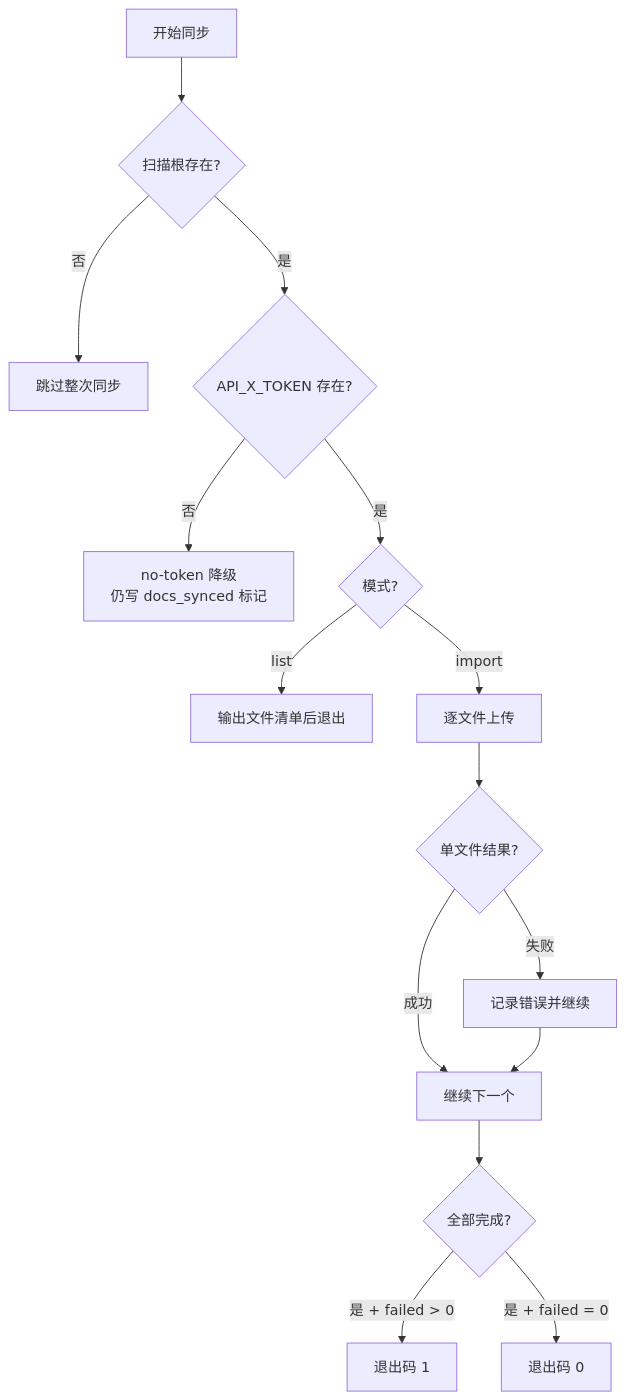
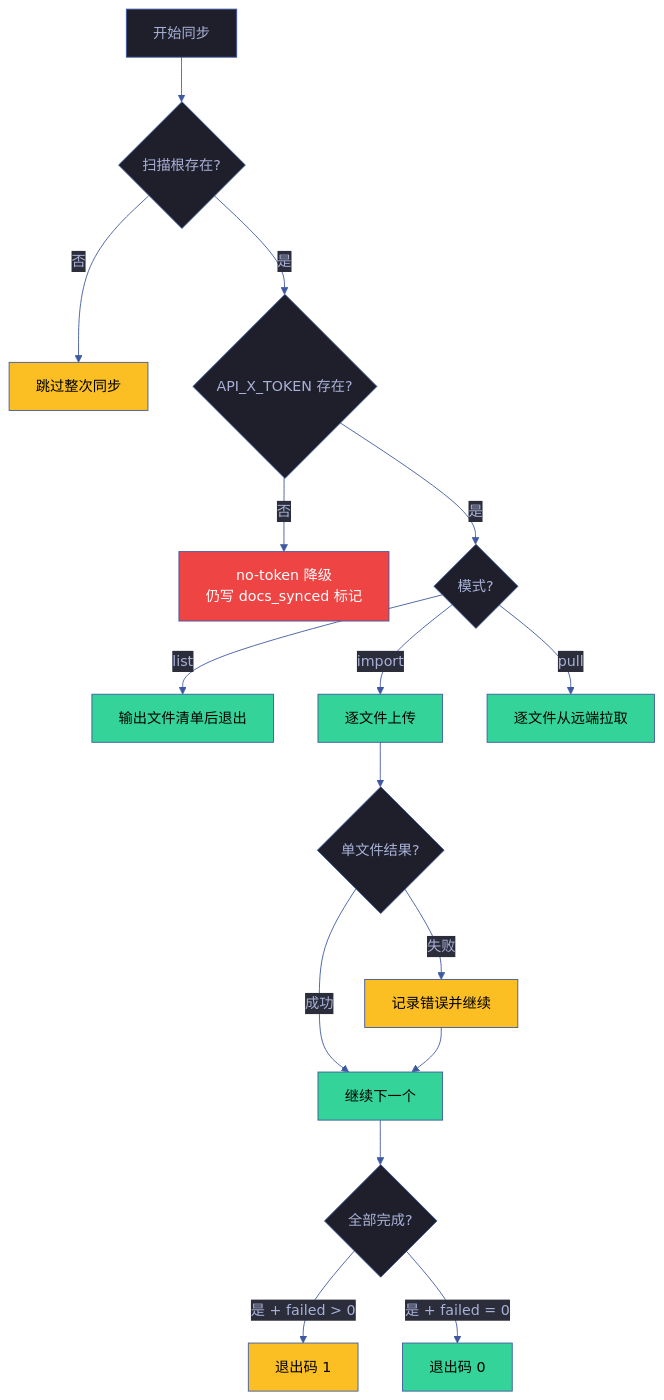
The fourth of 7 diagrams in skills/rui-import/SKILL.md (effiy/YrY), drawn with Mermaid before and after one commit. The commit also changed other lines of this file and 1028 other files, not shown here.

````diff
--- a/skills/rui-import/SKILL.md
+++ b/skills/rui-import/SKILL.md
@@ -202,17 +222,30 @@
 ```mermaid
+%%{init: {'theme': 'base', 'themeVariables': {
+  'primaryColor': '#1e1f2b',
+  'primaryTextColor': '#a9b1d6',
+  'primaryBorderColor': '#3d59a1',
+  'lineColor': '#3d59a1',
+  'secondaryColor': '#2b2d3b',
+  'tertiaryColor': '#21232f'
+}}}%%
 flowchart TD
     START["开始同步"] --> Q1{"扫描根存在?"}
     Q1 -->|"否"| SKIP["跳过整次同步"]:::warn
     Q1 -->|"是"| Q2{"API_X_TOKEN 存在?"}
     Q2 -->|"否"| NOOP["no-token 降级<br/>仍写 docs_synced 标记"]:::block
     Q2 -->|"是"| Q3{"模式?"}
     Q3 -->|"list"| LIST["输出文件清单后退出"]:::ok
     Q3 -->|"import"| UPLOAD["逐文件上传"]:::ok
+    Q3 -->|"pull"| PULL["逐文件从远端拉取"]:::ok
     UPLOAD --> Q4{"单文件结果?"}
     Q4 -->|"成功"| NEXT["继续下一个"]:::ok
     Q4 -->|"失败"| ERR["记录错误并继续"]:::warn
     ERR --> NEXT
     NEXT --> END{"全部完成?"}
     END -->|"是 + failed > 0"| EXIT_FAIL["退出码 1"]:::warn
     END -->|"是 + failed = 0"| EXIT_OK["退出码 0"]:::ok
+
+    classDef ok fill:#34d399,color:#000
+    classDef warn fill:#fbbf24,color:#000
+    classDef block fill:#ef4444,color:#fff
 ```
````
